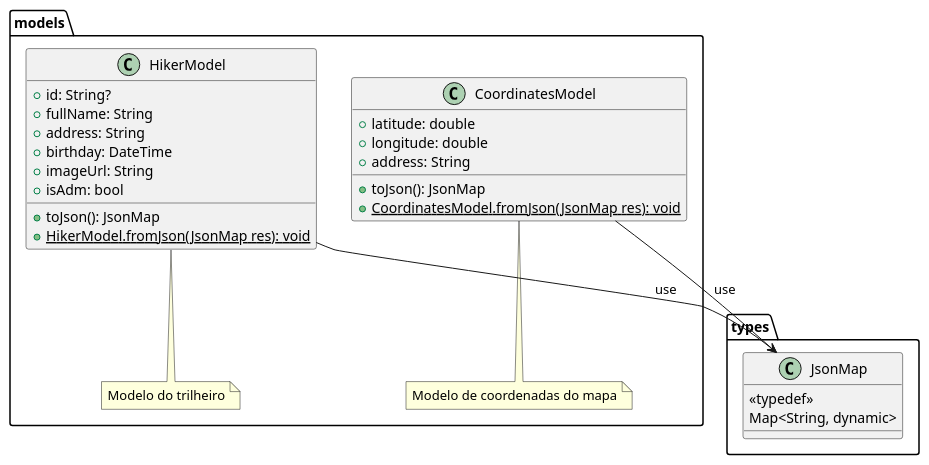
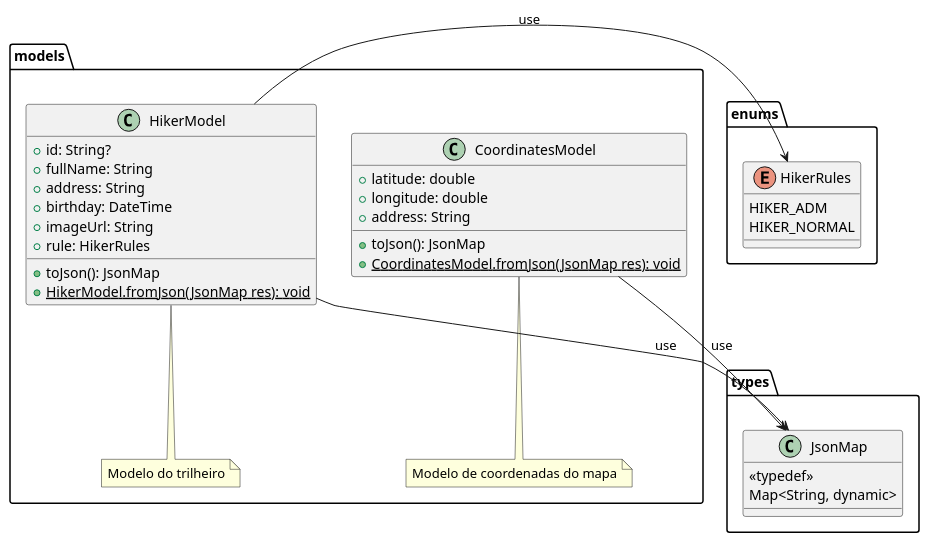
The diagram in docs/diagrams/src/class_diagrams/pe_na_pedra_class_diagram_1.plantuml (tiagors09/pe_na_pedra), drawn with PlantUML before and after one commit.

Commit message:
docs: :memo: add rule instead isAdm in HikerModel

```diff
--- a/docs/diagrams/src/class_diagrams/pe_na_pedra_class_diagram_1.plantuml
+++ b/docs/diagrams/src/class_diagrams/pe_na_pedra_class_diagram_1.plantuml
@@ -1,38 +1,47 @@
 @startuml pe_na_pedra_class_diagram_1
 package types {
   class JsonMap {
     <<typedef>>
     Map<String, dynamic>
+  }
+}
+
+package enums {
+  enum HikerRules {
+    HIKER_ADM
+    HIKER_NORMAL
   }
 }
 
 package models {
   note "Modelo do trilheiro" as N1
   note "Modelo de coordenadas do mapa" as N2
 
   class HikerModel {
     + id: String?
     + fullName: String
     + address: String
     + birthday: DateTime
     + imageUrl: String
-    + isAdm: bool
+    + rule: HikerRules
     + toJson(): JsonMap
     + {static} HikerModel.fromJson(JsonMap res): void
   }
 
   class CoordinatesModel {
     + latitude: double
     + longitude: double
     + address: String
     + toJson(): JsonMap
     + {static} CoordinatesModel.fromJson(JsonMap res): void
   }
 
   HikerModel .. N1
   CoordinatesModel .. N2
 
   HikerModel --> JsonMap : use
   CoordinatesModel --> JsonMap : use
+
+  HikerModel -> HikerRules : use
 }
 @enduml
```
